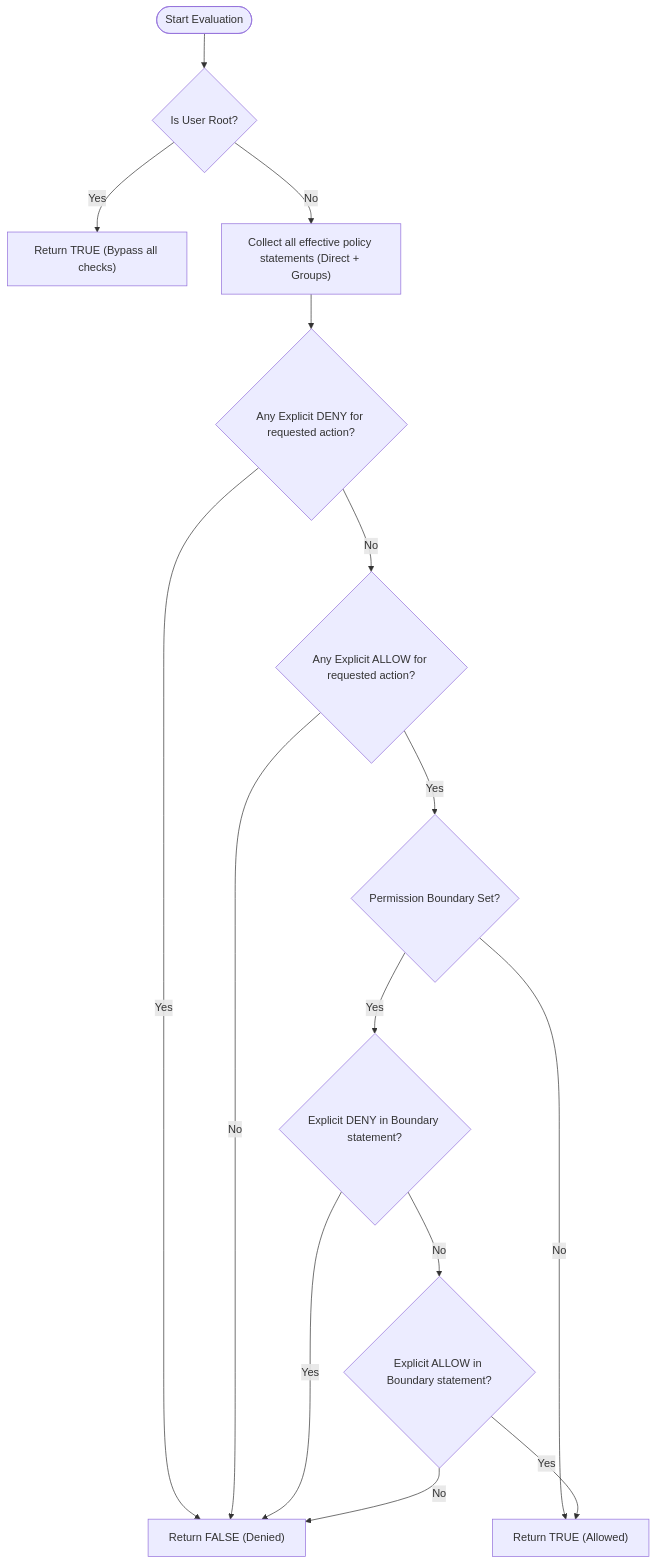
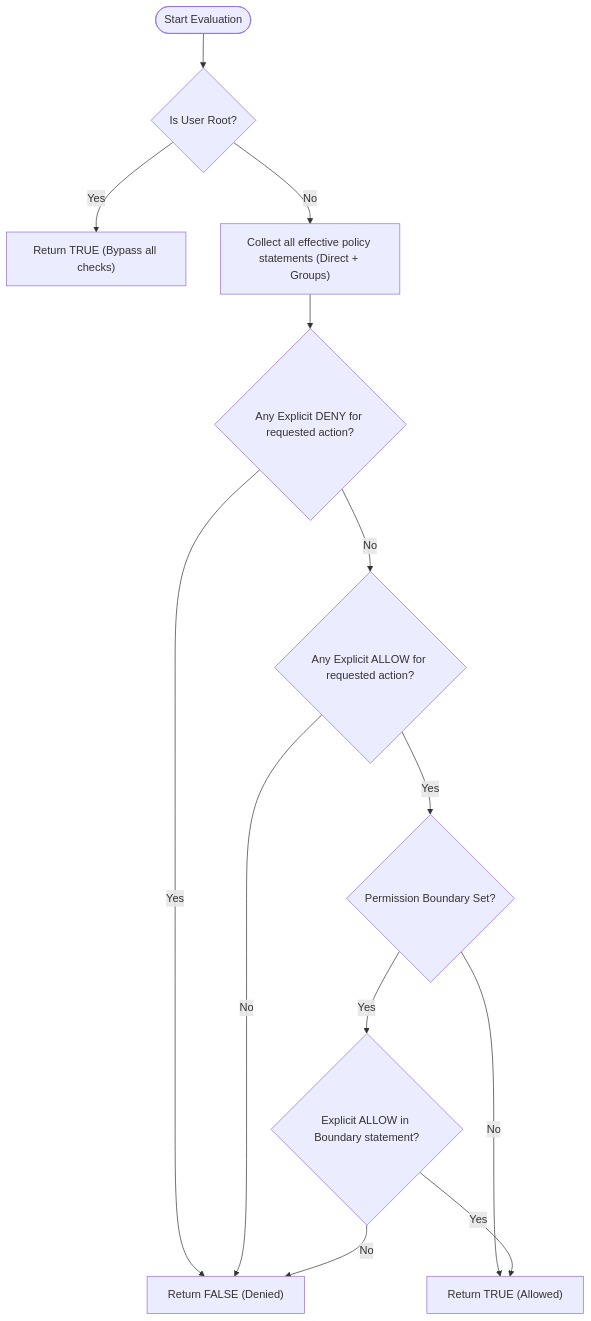
The second of 3 diagrams in README.md (balram16/SecureIAM), drawn with Mermaid before and after one commit.

Commit message:
workflow correction in README

````diff
--- a/README.md
+++ b/README.md
@@ -159,30 +159,26 @@
 ```mermaid
 flowchart TD
     Start(["Start Evaluation"]) --> CheckRoot{"Is User Root?"}
     
     CheckRoot -->|Yes| AllowRoot["Return TRUE (Bypass all checks)"]
     
     CheckRoot -->|No| CollectStatements["Collect all effective policy statements (Direct + Groups)"]
     
     CollectStatements --> CheckDeny{"Any Explicit DENY for requested action?"}
     
     CheckDeny -->|Yes| DenyRequest["Return FALSE (Denied)"]
     
     CheckDeny -->|No| CheckAllow{"Any Explicit ALLOW for requested action?"}
     
     CheckAllow -->|No| DenyRequest
     
     CheckAllow -->|Yes| CheckBoundaryActive{"Permission Boundary Set?"}
     
     CheckBoundaryActive -->|No| AllowRequest["Return TRUE (Allowed)"]
     
-    CheckBoundaryActive -->|Yes| CheckBoundaryDeny{"Explicit DENY in Boundary statement?"}
-    
-    CheckBoundaryDeny -->|Yes| DenyRequest
-    
-    CheckBoundaryDeny -->|No| CheckBoundaryAllow{"Explicit ALLOW in Boundary statement?"}
+    CheckBoundaryActive -->|Yes| CheckBoundaryAllow{"Explicit ALLOW in Boundary statement?"}
     
     CheckBoundaryAllow -->|No| DenyRequest
     
     CheckBoundaryAllow -->|Yes| AllowRequest
 ```
````
